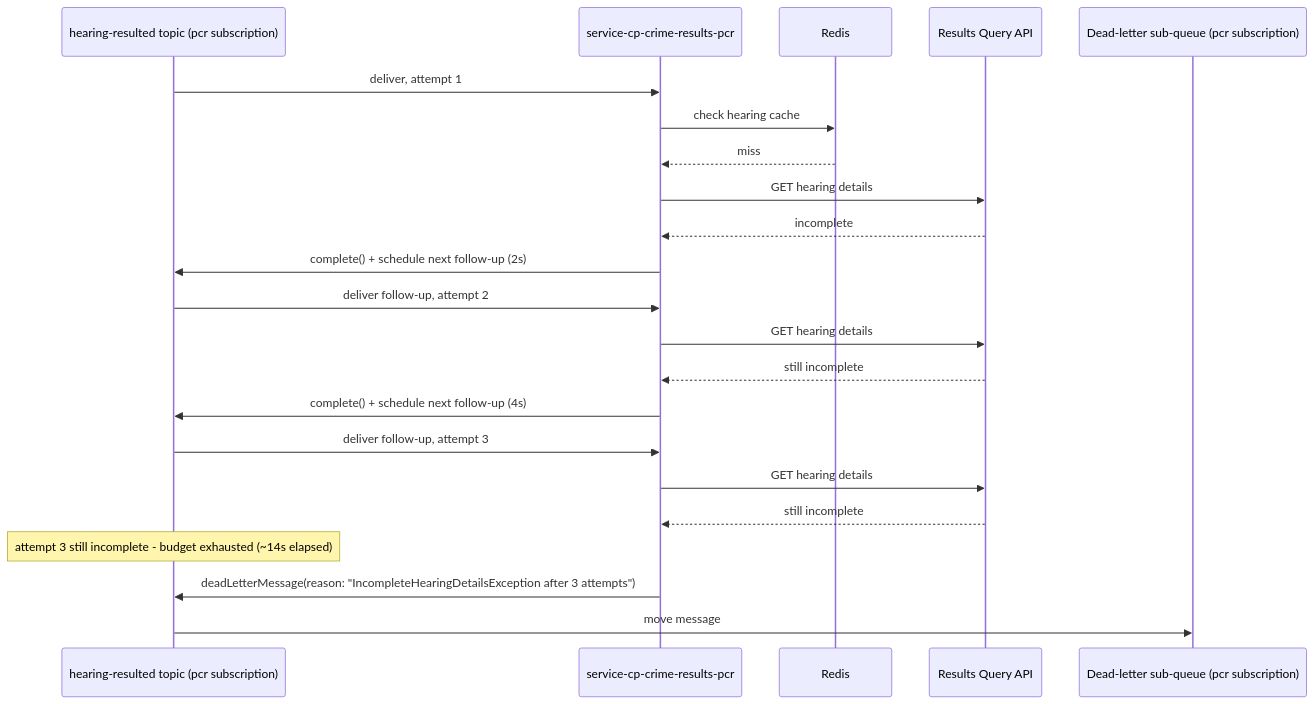
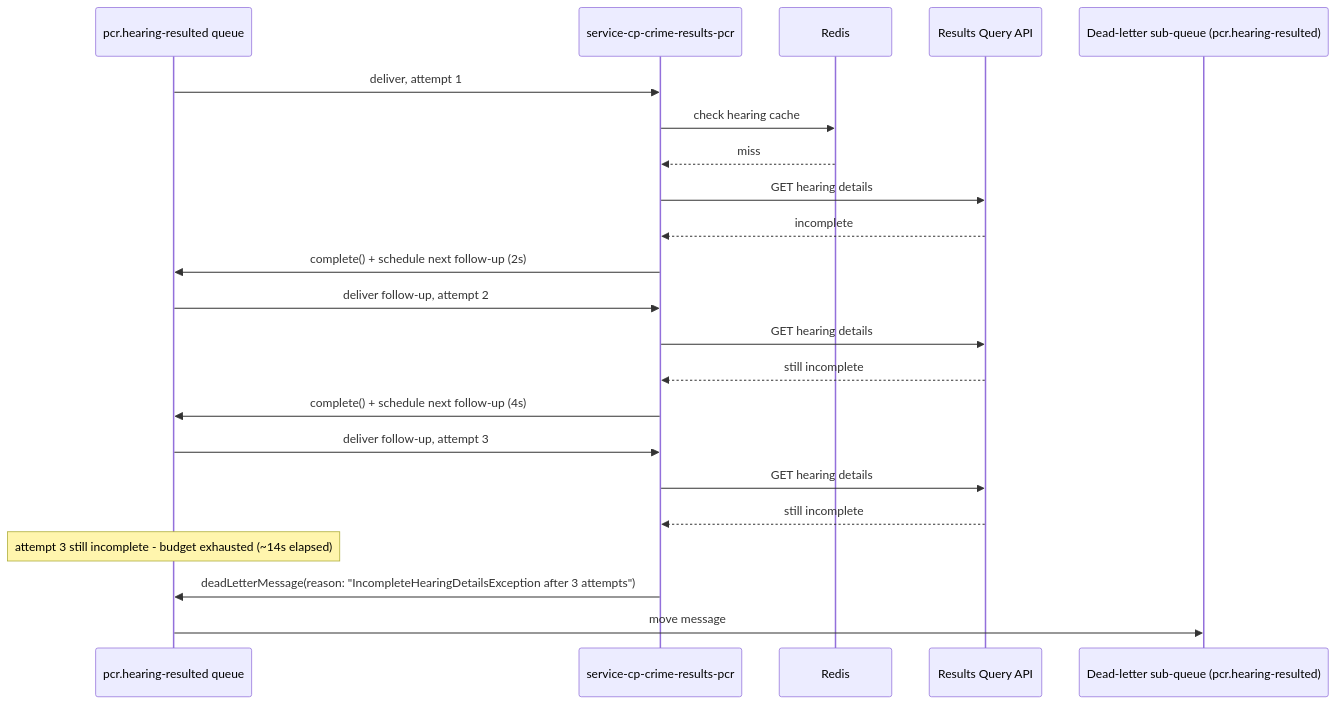
The fourth of 5 diagrams in docs/designs/2026-08-17-pcr-eventgrid-servicebus-ingestion-design.md (hmcts/service-cp-crime-results-pcr), drawn with Mermaid before and after one commit. The commit also changed other lines of this file and 1 other file, not shown here.

First line of the commit message:
docs(pcr): revise Service Bus ingestion to a dedicated queue per consumer

````diff
--- a/docs/designs/2026-08-17-pcr-eventgrid-servicebus-ingestion-design.md
+++ b/docs/designs/2026-08-17-pcr-eventgrid-servicebus-ingestion-design.md
@@ -160,25 +167,25 @@
 ```mermaid
 sequenceDiagram
-    participant Q as hearing-resulted topic (pcr subscription)
+    participant Q as pcr.hearing-resulted queue
     participant C as service-cp-crime-results-pcr
     participant R as Redis
     participant RQ as Results Query API
-    participant DLQ as Dead-letter sub-queue (pcr subscription)
+    participant DLQ as Dead-letter sub-queue (pcr.hearing-resulted)
 
     Q->>C: deliver, attempt 1
     C->>R: check hearing cache
     R-->>C: miss
     C->>RQ: GET hearing details
     RQ-->>C: incomplete
     C->>Q: complete() + schedule next follow-up (2s)
     Q->>C: deliver follow-up, attempt 2
     C->>RQ: GET hearing details
     RQ-->>C: still incomplete
     C->>Q: complete() + schedule next follow-up (4s)
     Q->>C: deliver follow-up, attempt 3
     C->>RQ: GET hearing details
     RQ-->>C: still incomplete
     Note over Q: attempt 3 still incomplete - budget exhausted (~14s elapsed)
     C->>Q: deadLetterMessage(reason: "IncompleteHearingDetailsException after 3 attempts")
     Q->>DLQ: move message
 ```
````
